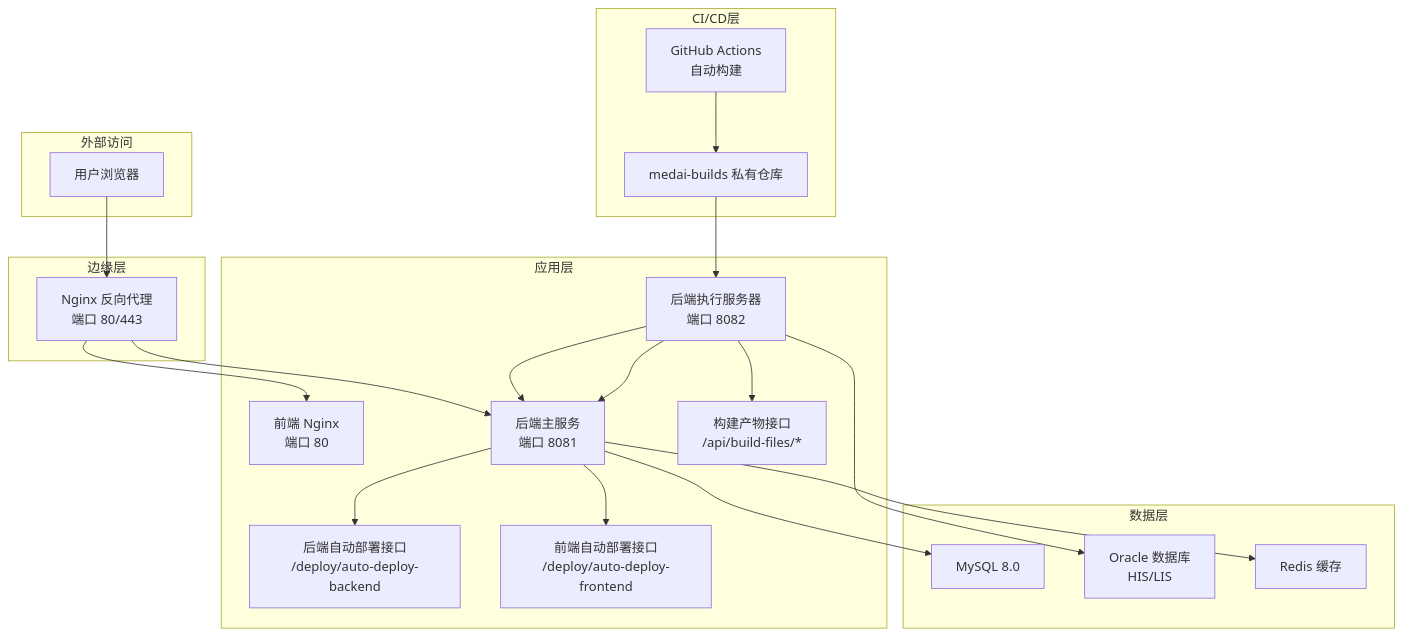
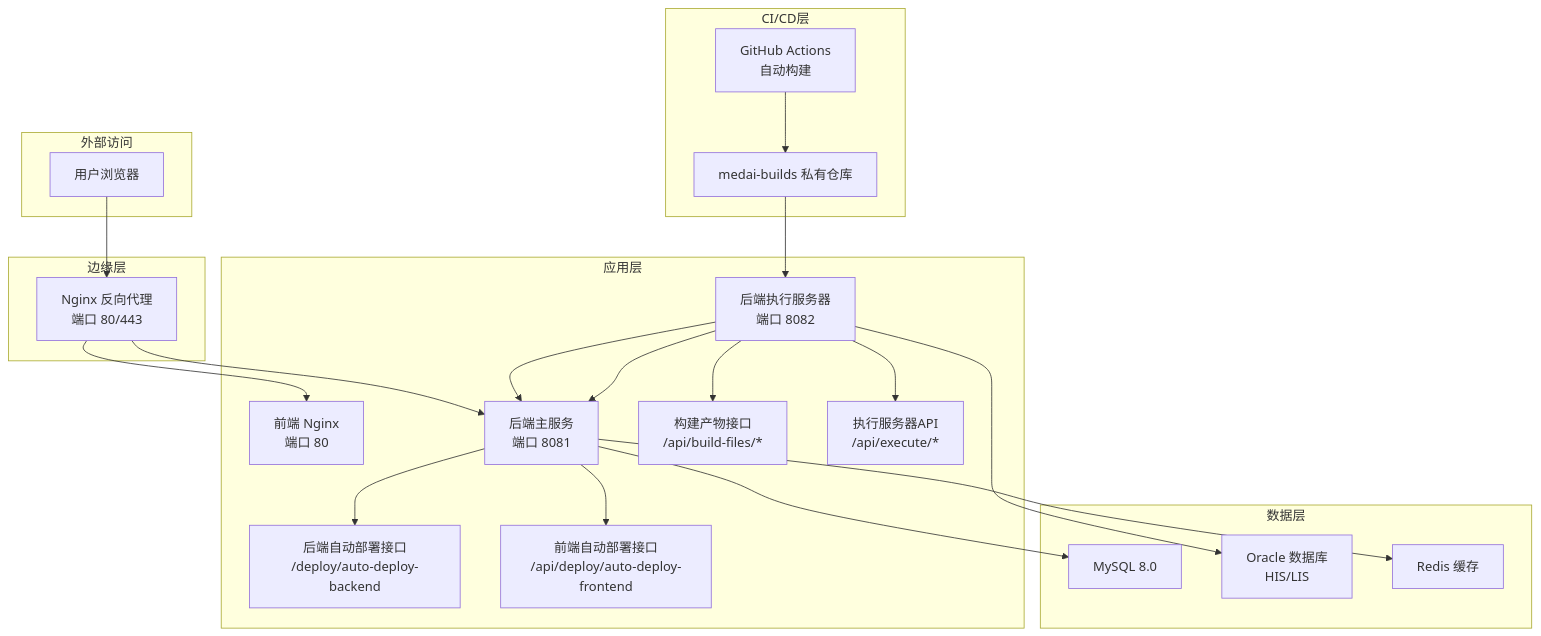
One commit to liuzh2008/med_ai_assistant_workspace changed the second of 11 diagrams in .qoder/repowiki/zh/content/部署指南/部署指南.md. Above: the diagram before and after it, drawn with Mermaid. The commit also changed other lines of this file and 9 other files, not shown here.

````diff
--- a/.qoder/repowiki/zh/content/部署指南/部署指南.md
+++ b/.qoder/repowiki/zh/content/部署指南/部署指南.md
@@ -129,35 +145,36 @@
 ```mermaid
 graph TB
 subgraph "外部访问"
 U["用户浏览器"]
 end
 subgraph "边缘层"
 NGINX["Nginx 反向代理<br/>端口 80/443"]
 end
 subgraph "应用层"
 FE["前端 Nginx<br/>端口 80"]
 MAIN["后端主服务<br/>端口 8081"]
 MAIN --> BACKEND_AUTO_DEPLOY["后端自动部署接口<br/>/deploy/auto-deploy-backend"]
-MAIN --> FRONTEND_AUTO_DEPLOY["前端自动部署接口<br/>/deploy/auto-deploy-frontend"]
+MAIN --> FRONTEND_AUTO_DEPLOY["前端自动部署接口<br/>/api/deploy/auto-deploy-frontend"]
 EXEC["后端执行服务器<br/>端口 8082"]
 EXEC --> BUILD_FILES["构建产物接口<br/>/api/build-files/*"]
+EXEC --> EXEC_API["执行服务器API<br/>/api/execute/*"]
 end
 subgraph "数据层"
 MYSQL["MySQL 8.0"]
 ORACLE["Oracle 数据库<br/>HIS/LIS"]
 REDIS["Redis 缓存"]
 end
 subgraph "CI/CD层"
 GHA["GitHub Actions<br/>自动构建"]
 MEDAI_BUILDS["medai-builds 私有仓库"]
 end
 U --> NGINX --> FE
 NGINX --> MAIN
 MAIN --> MYSQL
 MAIN --> REDIS
 EXEC --> ORACLE
 EXEC --> MAIN
 GHA --> MEDAI_BUILDS
 MEDAI_BUILDS --> EXEC
 EXEC --> MAIN
 ```
````
